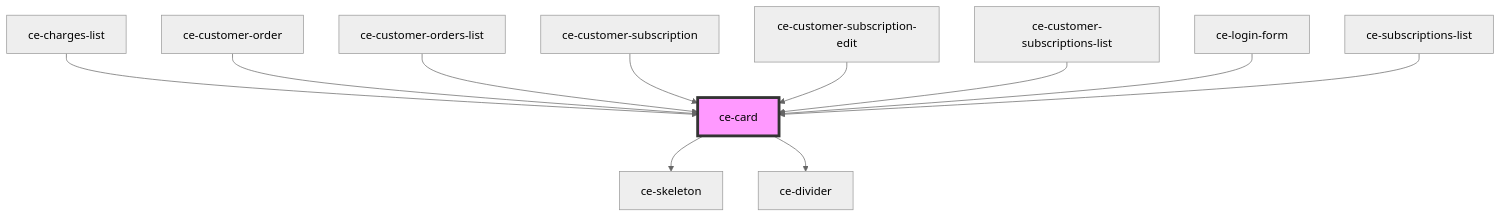
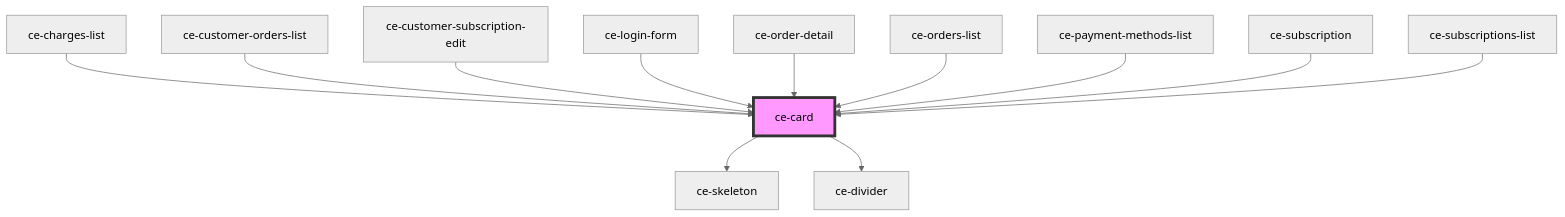
One commit to surecart/surecart-wp-plugin changed the diagram in packages/components/src/components/ui/card/readme.md. Above: the diagram before and after it, drawn with Mermaid (neutral theme). The commit also changed other lines of this file and 162 other files, not shown here.

````diff
--- a/packages/components/src/components/ui/card/readme.md
+++ b/packages/components/src/components/ui/card/readme.md
@@ -44,14 +45,15 @@
 ```mermaid
 graph TD;
   ce-card --> ce-skeleton
   ce-card --> ce-divider
   ce-charges-list --> ce-card
-  ce-customer-order --> ce-card
   ce-customer-orders-list --> ce-card
-  ce-customer-subscription --> ce-card
   ce-customer-subscription-edit --> ce-card
-  ce-customer-subscriptions-list --> ce-card
   ce-login-form --> ce-card
+  ce-order-detail --> ce-card
+  ce-orders-list --> ce-card
+  ce-payment-methods-list --> ce-card
+  ce-subscription --> ce-card
   ce-subscriptions-list --> ce-card
   style ce-card fill:#f9f,stroke:#333,stroke-width:4px
 ```
````
